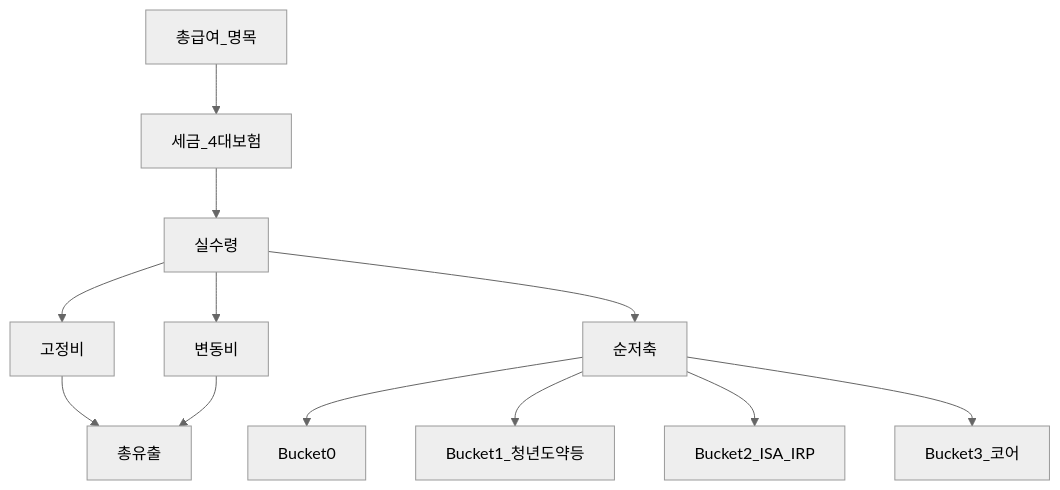
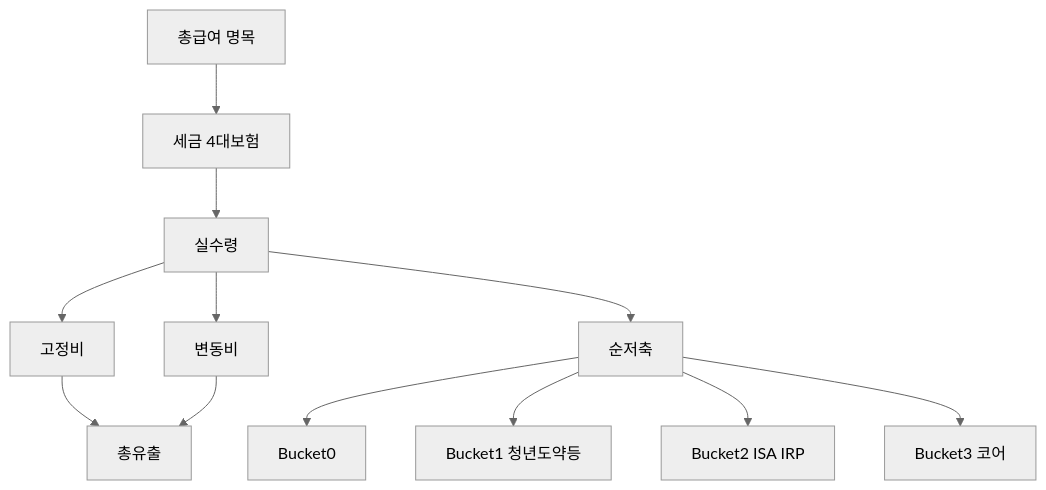
The first of 4 diagrams in 01-foundations/cash-flow-basics.md (goldanghenry/Finances), drawn with Mermaid (neutral theme) before and after one commit. The commit also changed other lines of this file and 211 other files, not shown here.

````diff
--- a/01-foundations/cash-flow-basics.md
+++ b/01-foundations/cash-flow-basics.md
@@ -130,14 +139,14 @@
 ```mermaid
 flowchart TD
-  Gross[총급여_명목] --> Tax[세금_4대보험]
+  Gross["총급여 명목"] --> Tax["세금 4대보험"]
   Tax --> Net[실수령]
   Net --> Fix[고정비]
   Net --> Var[변동비]
   Fix --> Out[총유출]
   Var --> Out
   Net --> Save[순저축]
   Save --> B0[Bucket0]
-  Save --> B1[Bucket1_청년도약등]
-  Save --> B2[Bucket2_ISA_IRP]
-  Save --> B3[Bucket3_코어]
+  Save --> B1["Bucket1 청년도약등"]
+  Save --> B2["Bucket2 ISA IRP"]
+  Save --> B3["Bucket3 코어"]
 ```
````
